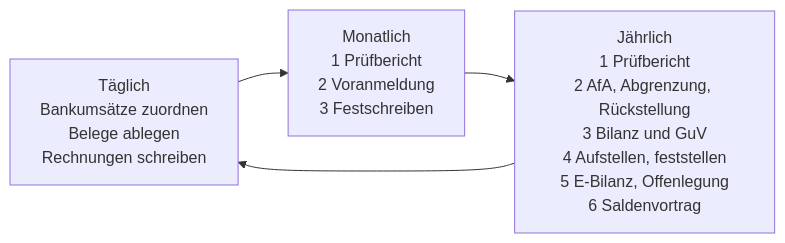
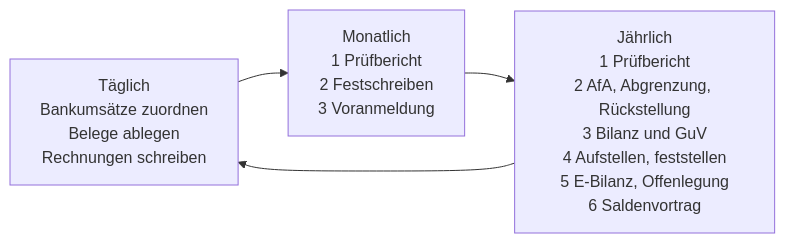
Before and after one commit to mxzinke/buchfink: the fourth of 4 diagrams in docs/architektur.md, drawn with Mermaid. The commit also changed other lines of this file and 1 other file, not shown here.

````diff
--- a/docs/architektur.md
+++ b/docs/architektur.md
@@ -165,6 +165,6 @@
 ```mermaid
 flowchart LR
     T["Täglich<br/>Bankumsätze zuordnen<br/>Belege ablegen<br/>Rechnungen schreiben"] --> M
-    M["Monatlich<br/>1 Prüfbericht<br/>2 Voranmeldung<br/>3 Festschreiben"] --> J
+    M["Monatlich<br/>1 Prüfbericht<br/>2 Festschreiben<br/>3 Voranmeldung"] --> J
     J["Jährlich<br/>1 Prüfbericht<br/>2 AfA, Abgrenzung, Rückstellung<br/>3 Bilanz und GuV<br/>4 Aufstellen, feststellen<br/>5 E-Bilanz, Offenlegung<br/>6 Saldenvortrag"] --> T
 ```
````
